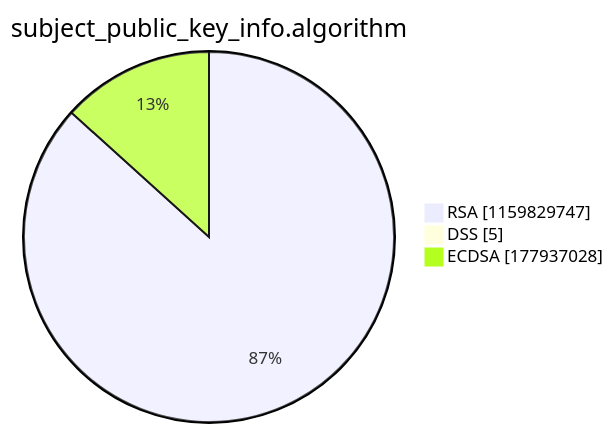
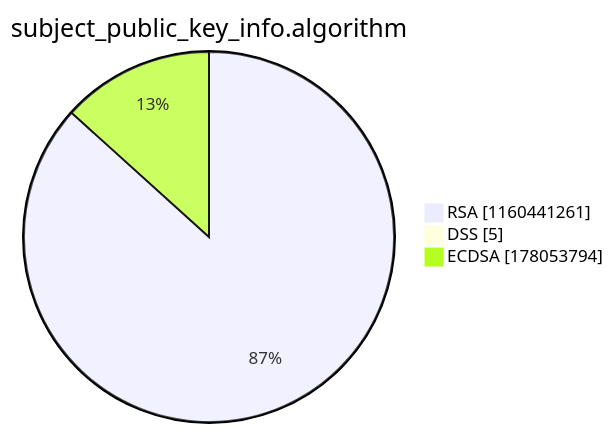
Before and after one commit to christiankrug/ctmonitor_visualization: the third of 15 diagrams in argon2022/README.md, drawn with Mermaid. The commit also changed other lines of this file, not shown here.

````diff
--- a/argon2022/README.md
+++ b/argon2022/README.md
@@ -14,7 +14,7 @@
 ```mermaid
 pie showData
 title subject_public_key_info.algorithm
-"RSA" :1159829747
+"RSA" :1160441261
 "DSS" :5
-"ECDSA" :177937028
+"ECDSA" :178053794
 ```
````
